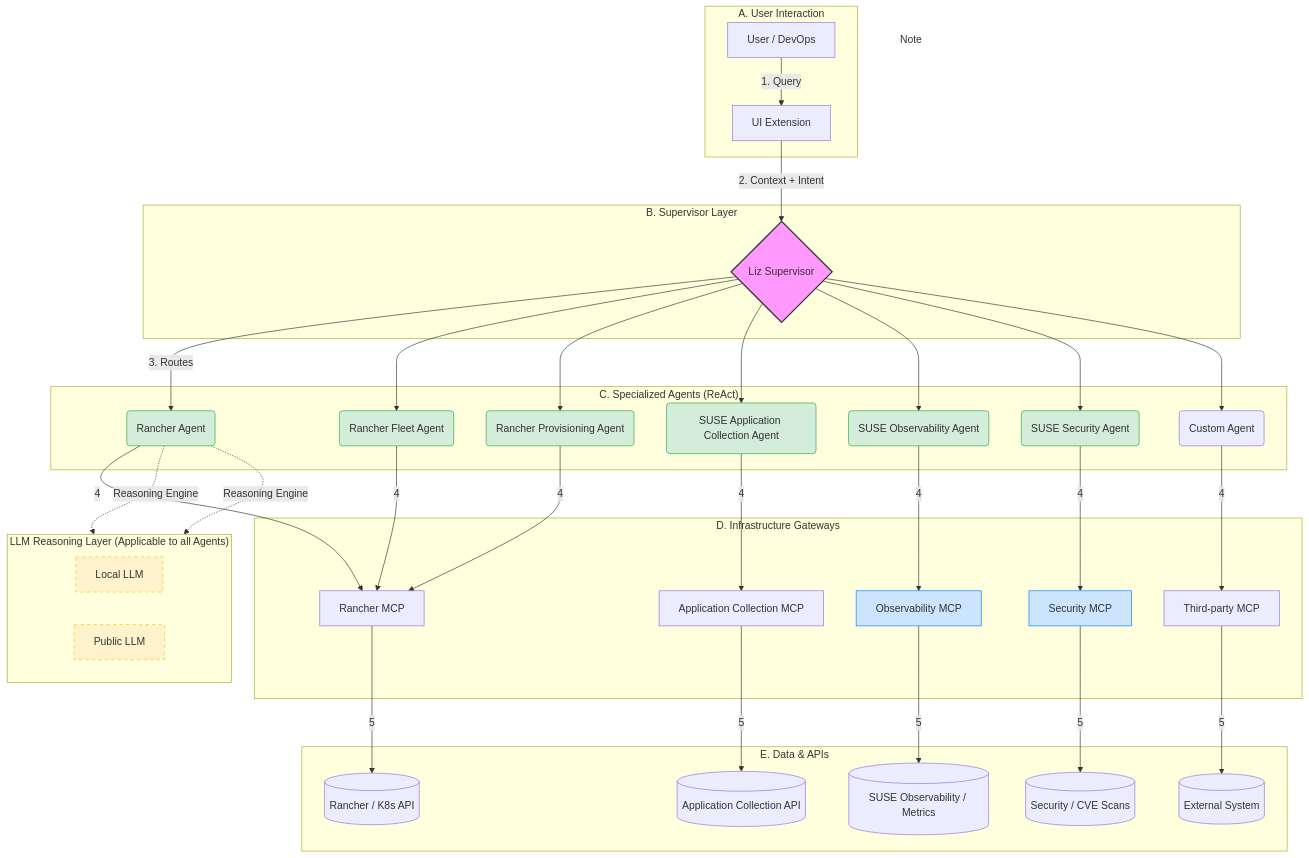
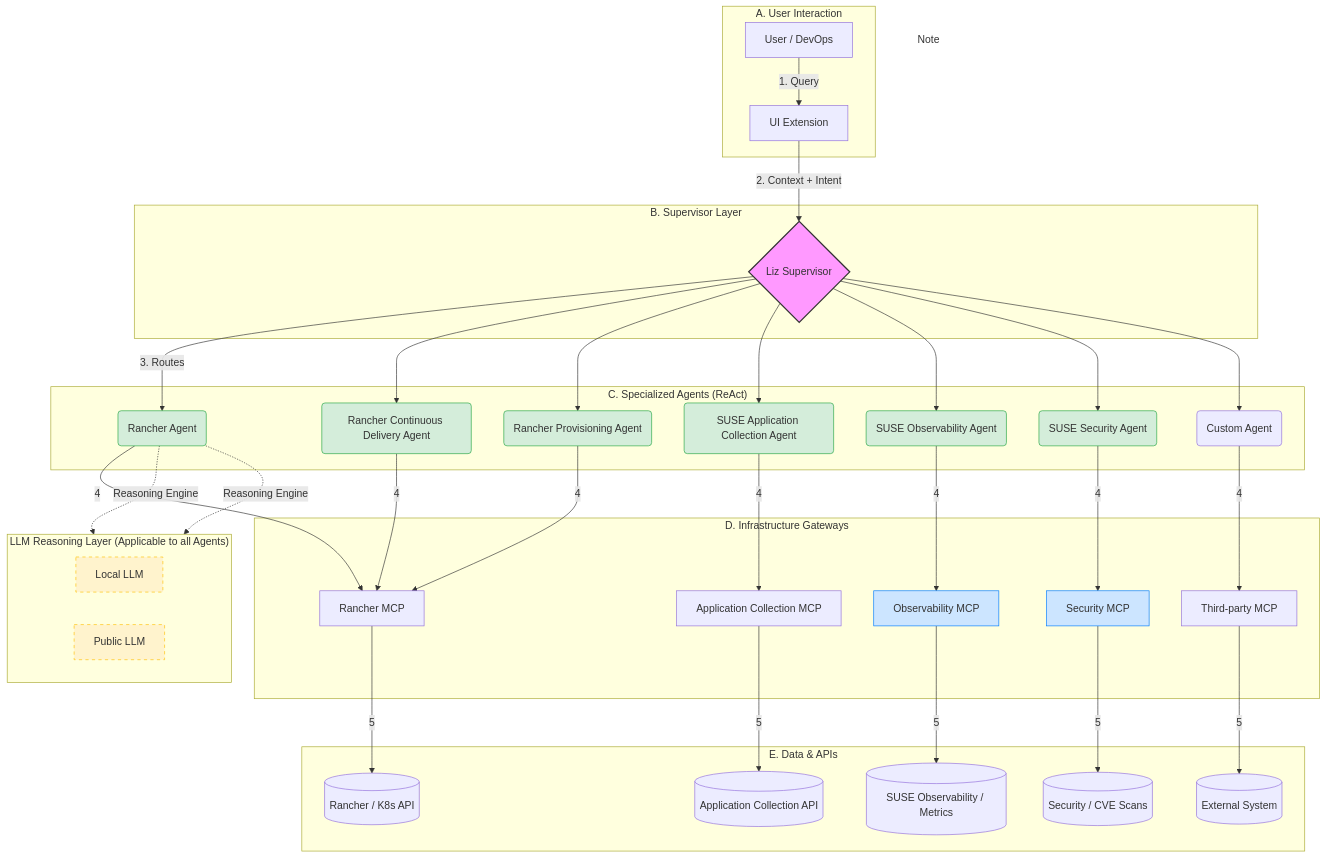
Before and after one commit to jhkrug/rancher-ai-product-docs: the diagram in docs/latest/modules/en/pages/explanations/architecture.adoc, drawn with Mermaid. The commit also changed other lines of this file and 20 other files, not shown here.

Commit message:
Rename Fleet name occurrences with Continuous Delivery

```diff
--- a/docs/latest/modules/en/pages/explanations/architecture.adoc
+++ b/docs/latest/modules/en/pages/explanations/architecture.adoc
@@ -79,7 +79,7 @@
 
 subgraph "C. Specialized Agents (ReAct)"
 RancherAgent(Rancher Agent)
-FleetAgent(Rancher Fleet Agent)
+FleetAgent(Rancher Continuous Delivery Agent)
 ProvAgent(Rancher Provisioning Agent)
 AppCoAgent(SUSE Application Collection Agent)
 ObsAgent(SUSE Observability Agent)
```
